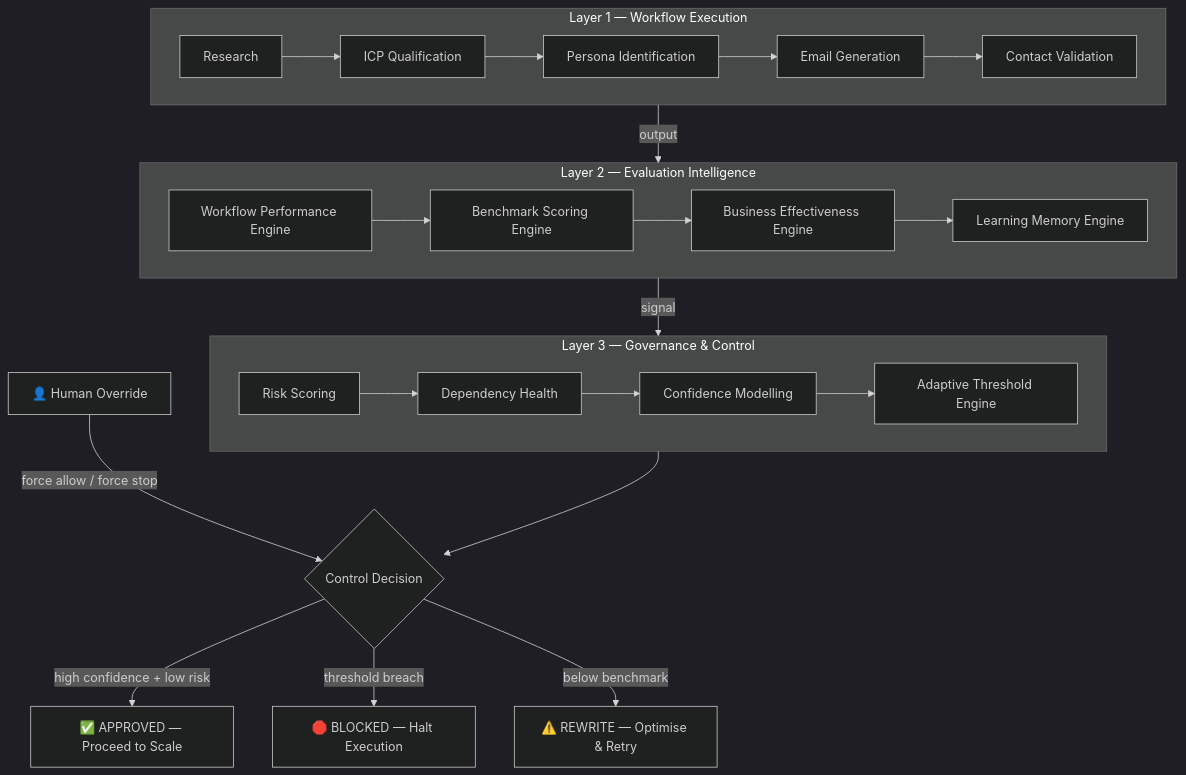
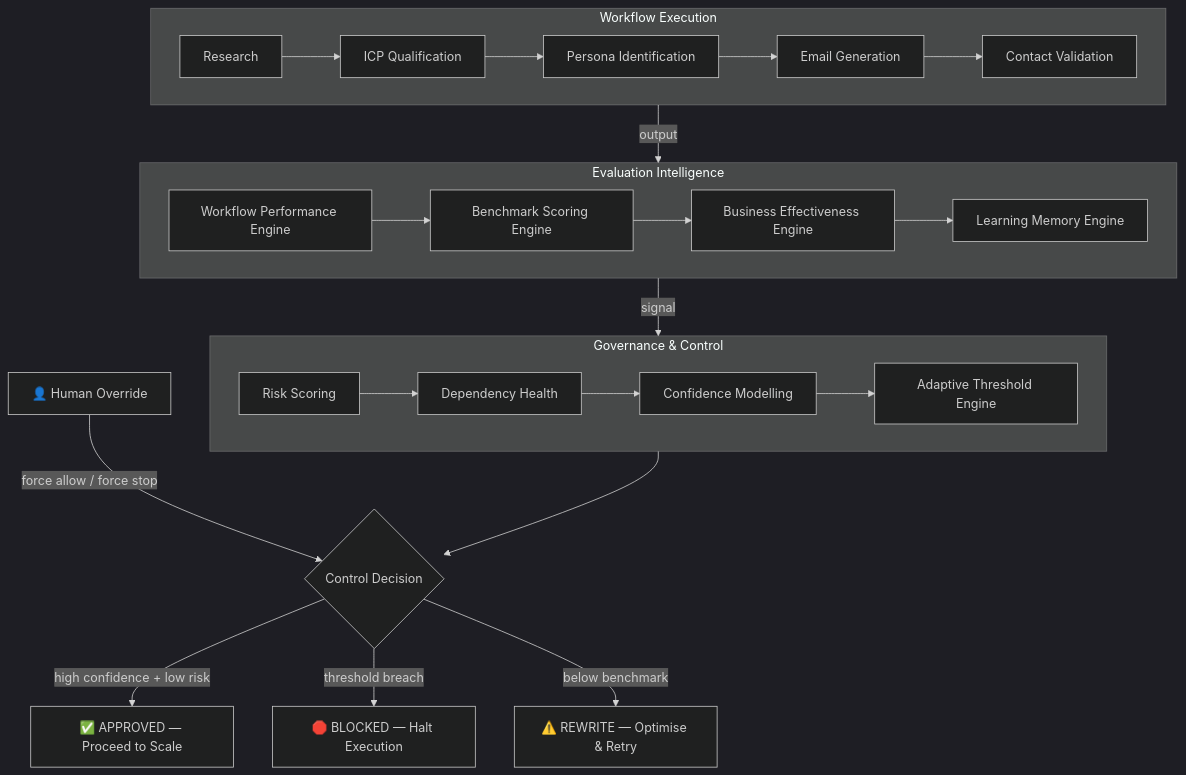
Before and after one commit to Dhanishta-codes/GOVR: the diagram in README.md, drawn with Mermaid (dark theme). The commit also changed other lines of this file, not shown here.

````diff
--- a/README.md
+++ b/README.md
@@ -52,35 +45,35 @@
 ```mermaid
 flowchart TD
-    subgraph L1["Layer 1 — Workflow Execution"]
+    subgraph L1["Workflow Execution"]
         A1[Research] --> A2[ICP Qualification]
         A2 --> A3[Persona Identification]
         A3 --> A4[Email Generation]
         A4 --> A5[Contact Validation]
     end
 
-    subgraph L2["Layer 2 — Evaluation Intelligence"]
+    subgraph L2["Evaluation Intelligence"]
         B1[Workflow Performance Engine] --> B2[Benchmark Scoring Engine]
         B2 --> B3[Business Effectiveness Engine]
         B3 --> B4[Learning Memory Engine]
     end
 
-    subgraph L3["Layer 3 — Governance & Control"]
+    subgraph L3["Governance & Control"]
         C1[Risk Scoring] --> C2[Dependency Health]
         C2 --> C3[Confidence Modelling]
         C3 --> C4[Adaptive Threshold Engine]
     end
 
     D{Control Decision}
     E[✅ APPROVED — Proceed to Scale]
     F[🛑 BLOCKED — Halt Execution]
     G[⚠️ REWRITE — Optimise & Retry]
     H[👤 Human Override]
 
     L1 -->|output| L2
     L2 -->|signal| L3
     L3 --> D
     D -->|high confidence + low risk| E
     D -->|threshold breach| F
     D -->|below benchmark| G
     H -->|force allow / force stop| D
 ```
````
